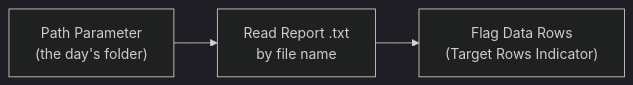
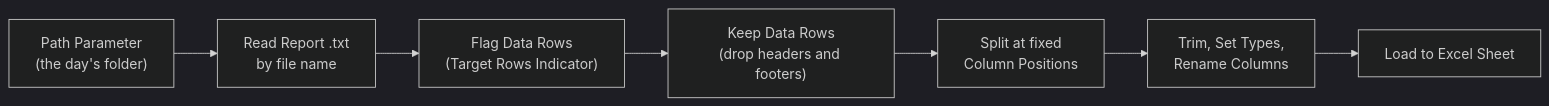
One commit to Eddie-Zhu-IRL/banking-report-etl-powerquery changed the diagram in README.md. Above: the diagram before and after it, drawn with Mermaid (dark theme).

````diff
--- a/README.md
+++ b/README.md
@@ -49,5 +49,9 @@
 ```mermaid
 flowchart LR;
 A["Path Parameter<br>(the day's folder)"] --> B["Read Report .txt<br>by file name"];
 B --> C["Flag Data Rows<br>(Target Rows Indicator)"];
+C --> D["Keep Data Rows<br>(drop headers and footers)"];
+D --> E["Split at fixed<br>Column Positions"];
+E --> F["Trim, Set Types,<br>Rename Columns"];
+F --> G["Load to Excel Sheet"];
 ```
````
